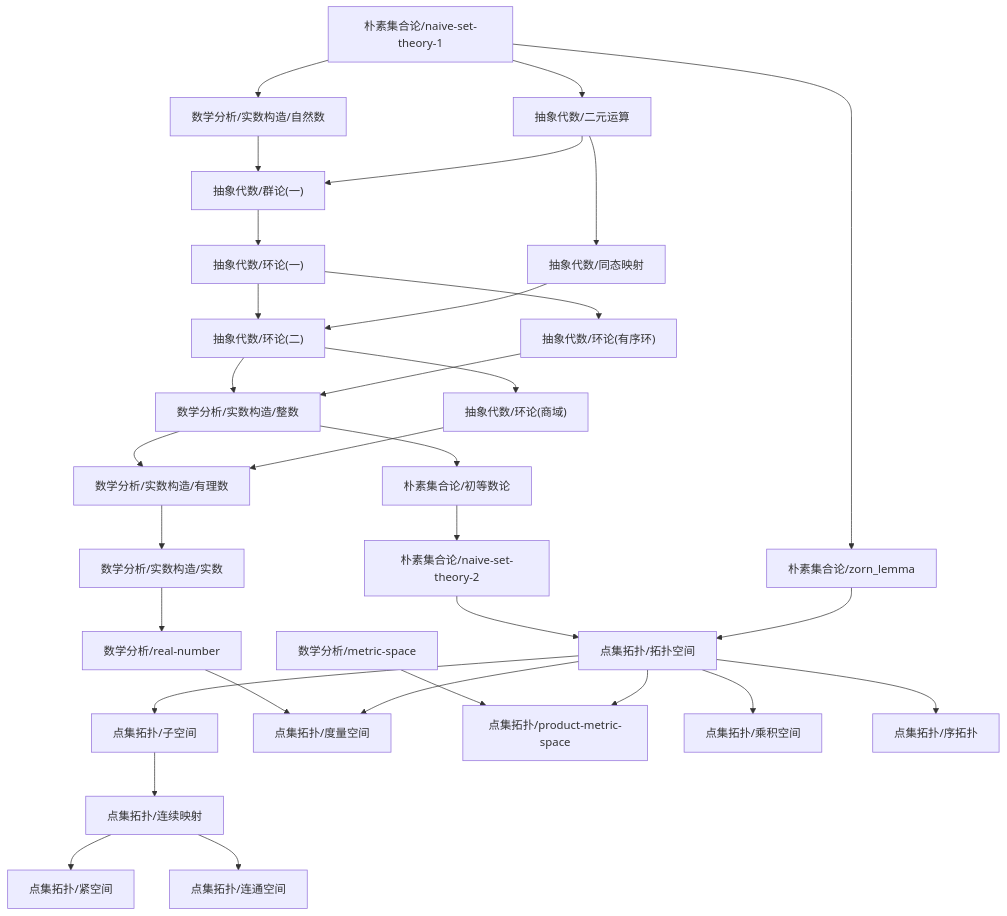
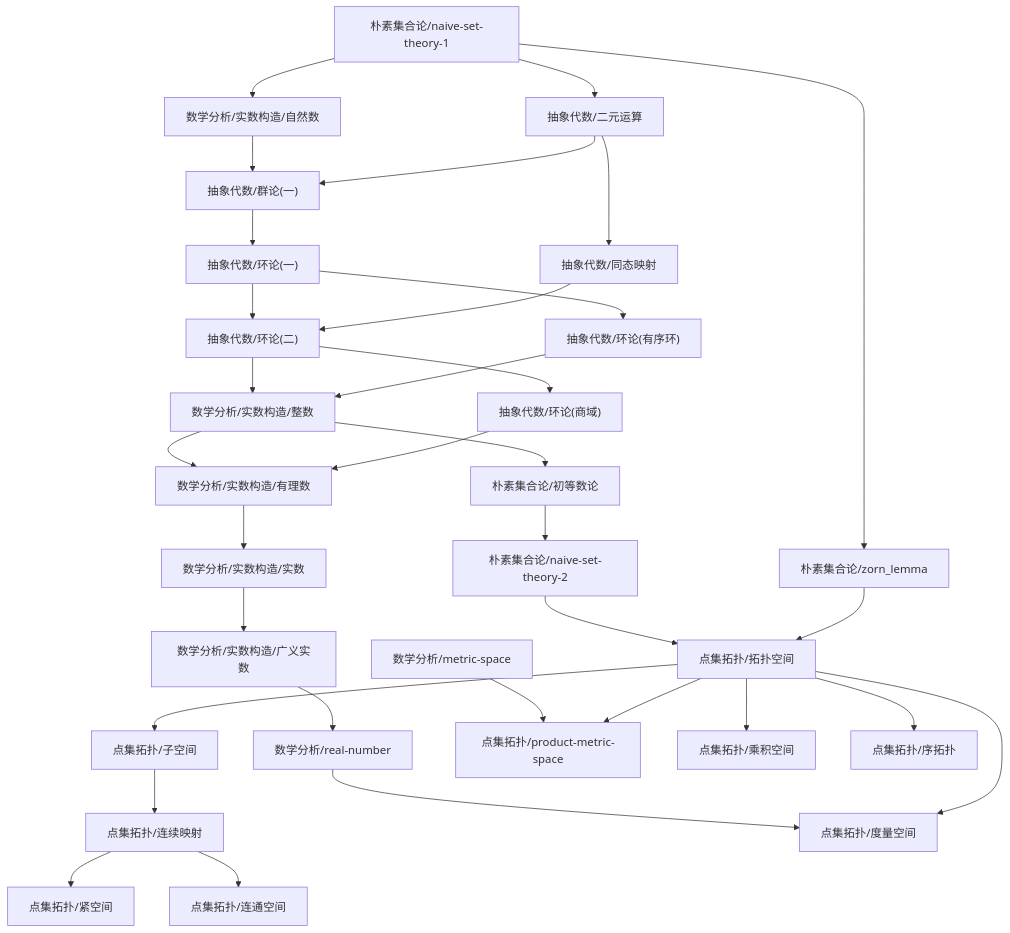
One commit to zeroDtree/zeroDtree.github.io changed the diagram in content/点集拓扑/dependency_graph.md. Above: the diagram before and after it, drawn with Mermaid. The commit also changed 14 other files, not shown here.

````diff
--- a/content/点集拓扑/dependency_graph.md
+++ b/content/点集拓扑/dependency_graph.md
@@ -1,34 +1,35 @@
 ```mermaid
 graph TD
 1["朴素集合论/naive-set-theory-2"] --> 0["点集拓扑/拓扑空间"]
 2["朴素集合论/zorn_lemma"] --> 0["点集拓扑/拓扑空间"]
 4["点集拓扑/子空间"] --> 3["点集拓扑/连续映射"]
 0["点集拓扑/拓扑空间"] --> 4["点集拓扑/子空间"]
 7["数学分析/real-number"] --> 6["点集拓扑/度量空间"]
 0["点集拓扑/拓扑空间"] --> 6["点集拓扑/度量空间"]
 3["点集拓扑/连续映射"] --> 8["点集拓扑/紧空间"]
 10["数学分析/metric-space"] --> 9["点集拓扑/product-metric-space"]
 0["点集拓扑/拓扑空间"] --> 9["点集拓扑/product-metric-space"]
 3["点集拓扑/连续映射"] --> 11["点集拓扑/连通空间"]
 0["点集拓扑/拓扑空间"] --> 12["点集拓扑/乘积空间"]
 0["点集拓扑/拓扑空间"] --> 13["点集拓扑/序拓扑"]
-14["数学分析/实数构造/实数"] --> 7["数学分析/real-number"]
-15["数学分析/实数构造/有理数"] --> 14["数学分析/实数构造/实数"]
+14["数学分析/实数构造/广义实数"] --> 7["数学分析/real-number"]
+15["数学分析/实数构造/实数"] --> 14["数学分析/实数构造/广义实数"]
 17["朴素集合论/naive-set-theory-1"] --> 16["数学分析/实数构造/自然数"]
 19["抽象代数/环论(二)"] --> 18["数学分析/实数构造/整数"]
 20["抽象代数/环论(有序环)"] --> 18["数学分析/实数构造/整数"]
-18["数学分析/实数构造/整数"] --> 15["数学分析/实数构造/有理数"]
-21["抽象代数/环论(商域)"] --> 15["数学分析/实数构造/有理数"]
-19["抽象代数/环论(二)"] --> 21["抽象代数/环论(商域)"]
-22["抽象代数/环论(一)"] --> 19["抽象代数/环论(二)"]
-23["抽象代数/同态映射"] --> 19["抽象代数/环论(二)"]
-24["抽象代数/群论(一)"] --> 22["抽象代数/环论(一)"]
-25["抽象代数/二元运算"] --> 23["抽象代数/同态映射"]
-17["朴素集合论/naive-set-theory-1"] --> 25["抽象代数/二元运算"]
-16["数学分析/实数构造/自然数"] --> 24["抽象代数/群论(一)"]
-25["抽象代数/二元运算"] --> 24["抽象代数/群论(一)"]
-22["抽象代数/环论(一)"] --> 20["抽象代数/环论(有序环)"]
-26["朴素集合论/初等数论"] --> 1["朴素集合论/naive-set-theory-2"]
+18["数学分析/实数构造/整数"] --> 21["数学分析/实数构造/有理数"]
+22["抽象代数/环论(商域)"] --> 21["数学分析/实数构造/有理数"]
+21["数学分析/实数构造/有理数"] --> 15["数学分析/实数构造/实数"]
+19["抽象代数/环论(二)"] --> 22["抽象代数/环论(商域)"]
+23["抽象代数/环论(一)"] --> 19["抽象代数/环论(二)"]
+24["抽象代数/同态映射"] --> 19["抽象代数/环论(二)"]
+25["抽象代数/群论(一)"] --> 23["抽象代数/环论(一)"]
+26["抽象代数/二元运算"] --> 24["抽象代数/同态映射"]
+17["朴素集合论/naive-set-theory-1"] --> 26["抽象代数/二元运算"]
+16["数学分析/实数构造/自然数"] --> 25["抽象代数/群论(一)"]
+26["抽象代数/二元运算"] --> 25["抽象代数/群论(一)"]
+23["抽象代数/环论(一)"] --> 20["抽象代数/环论(有序环)"]
+27["朴素集合论/初等数论"] --> 1["朴素集合论/naive-set-theory-2"]
 17["朴素集合论/naive-set-theory-1"] --> 2["朴素集合论/zorn_lemma"]
-18["数学分析/实数构造/整数"] --> 26["朴素集合论/初等数论"]
+18["数学分析/实数构造/整数"] --> 27["朴素集合论/初等数论"]
 ```
````
